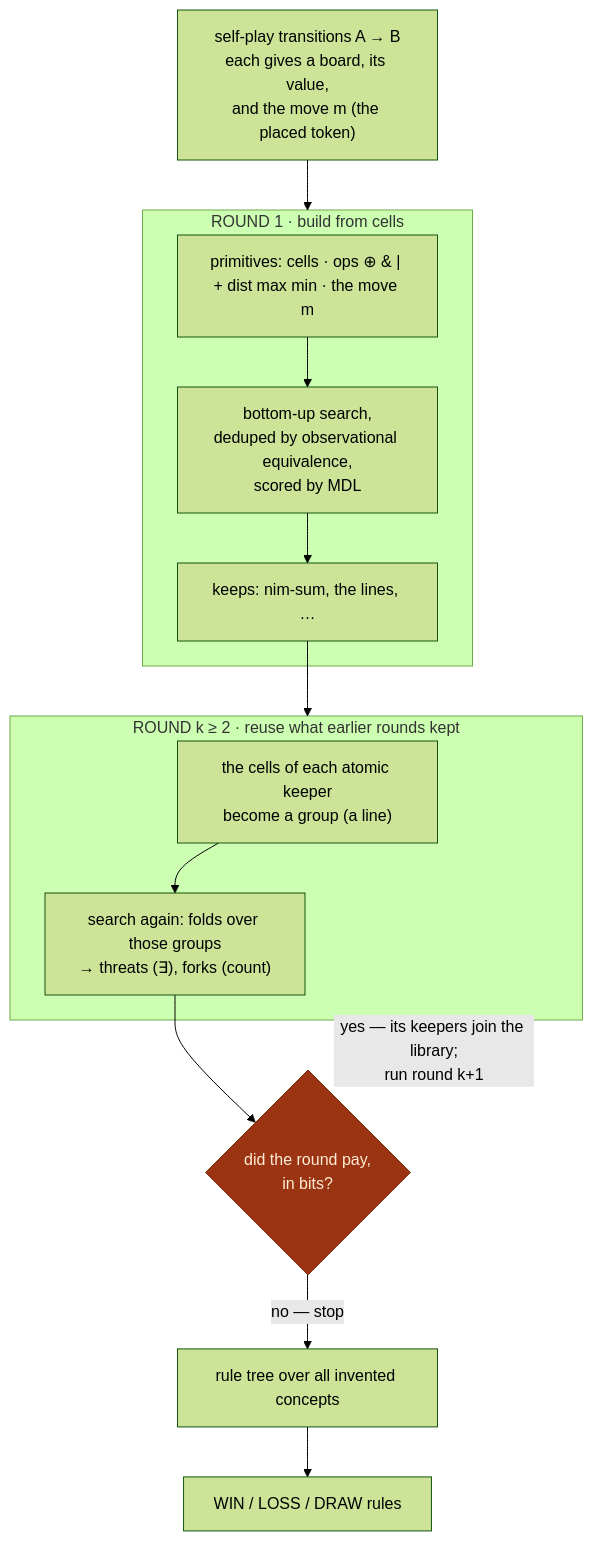
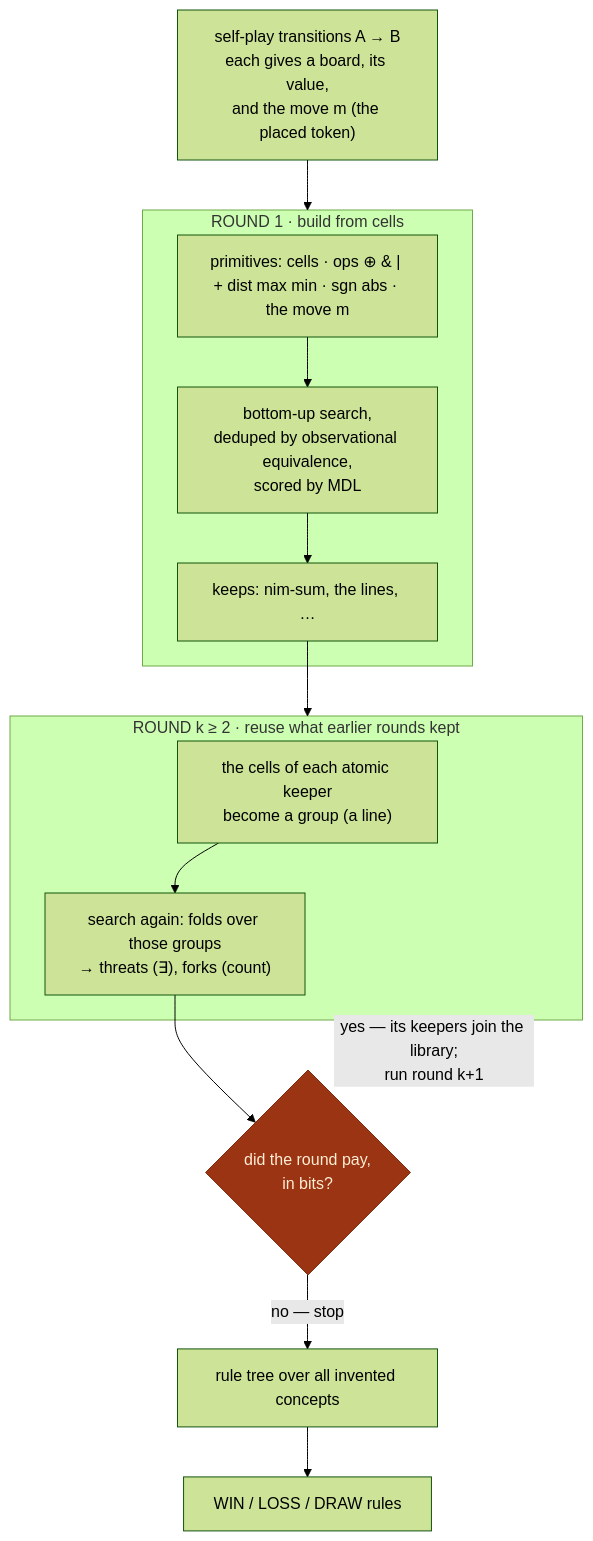
The first of 3 diagrams in docs/concept-invention.md (MatheweB/WiseExplorer), drawn with Mermaid (forest theme) before and after one commit. The commit also changed other lines of this file and 2 other files, not shown here.

````diff
--- a/docs/concept-invention.md
+++ b/docs/concept-invention.md
@@ -214,18 +215,18 @@
 ```mermaid
 flowchart TD
     classDef gate fill:#9a3412,stroke:#7c2d12,color:#ffedd5
     D["self-play transitions A → B<br/>each gives a board, its value,<br/>and the move m (the placed token)"] --> R1
     subgraph R1["ROUND 1 · build from cells"]
-      P["primitives: cells · ops ⊕ &amp; | + dist max min · the move m"]
+      P["primitives: cells · ops ⊕ &amp; | + dist max min · sgn abs · the move m"]
       P --> S["bottom-up search,<br/>deduped by observational equivalence,<br/>scored by MDL"]
       S --> L["keeps: nim-sum, the lines, …"]
     end
     L --> R2
     subgraph R2["ROUND k ≥ 2 · reuse what earlier rounds kept"]
       RU["the cells of each atomic keeper<br/>become a group (a line)"] --> C["search again: folds over those groups<br/>→ threats (∃), forks (count)"]
     end
     C --> G{"did the round pay,<br/>in bits?"}
     G -->|"yes — its keepers join the library;<br/>run round k+1"| R2
     G -->|"no — stop"| TR["rule tree over all invented concepts"] --> OUT["WIN / LOSS / DRAW rules"]
     class G gate
 ```
````
